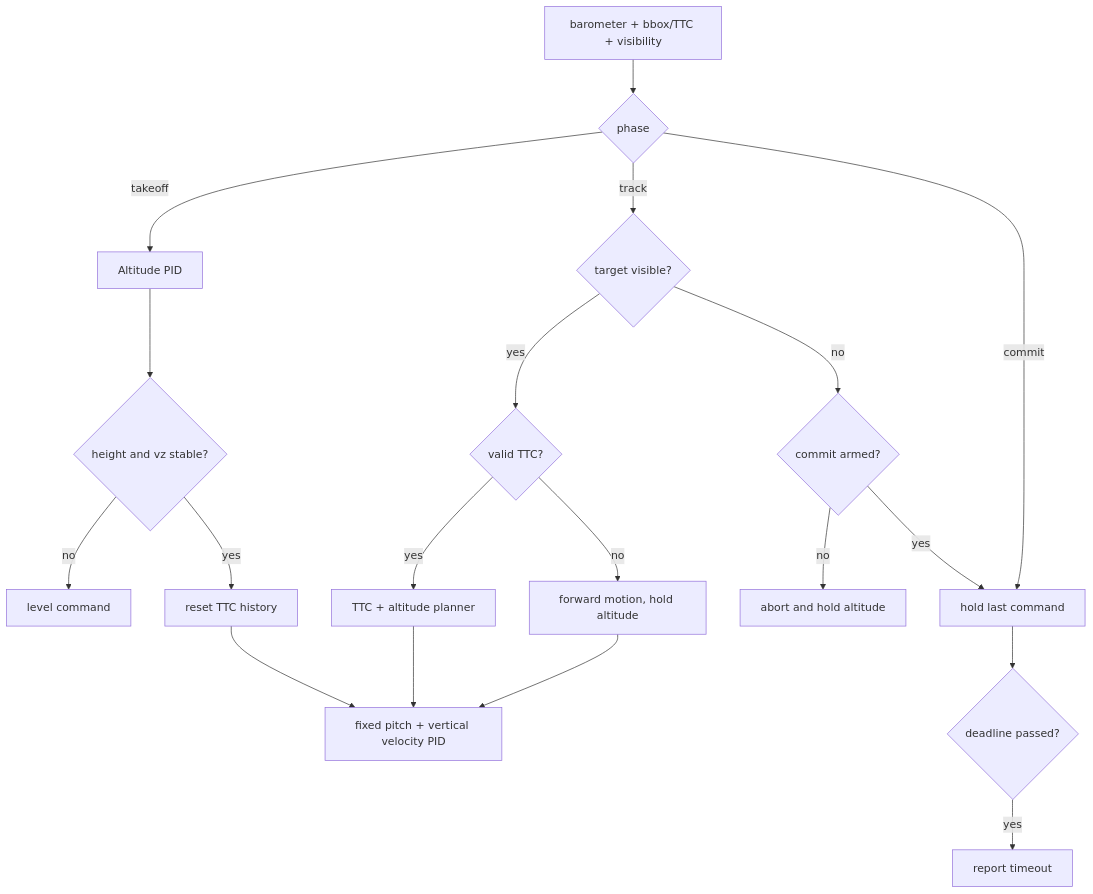
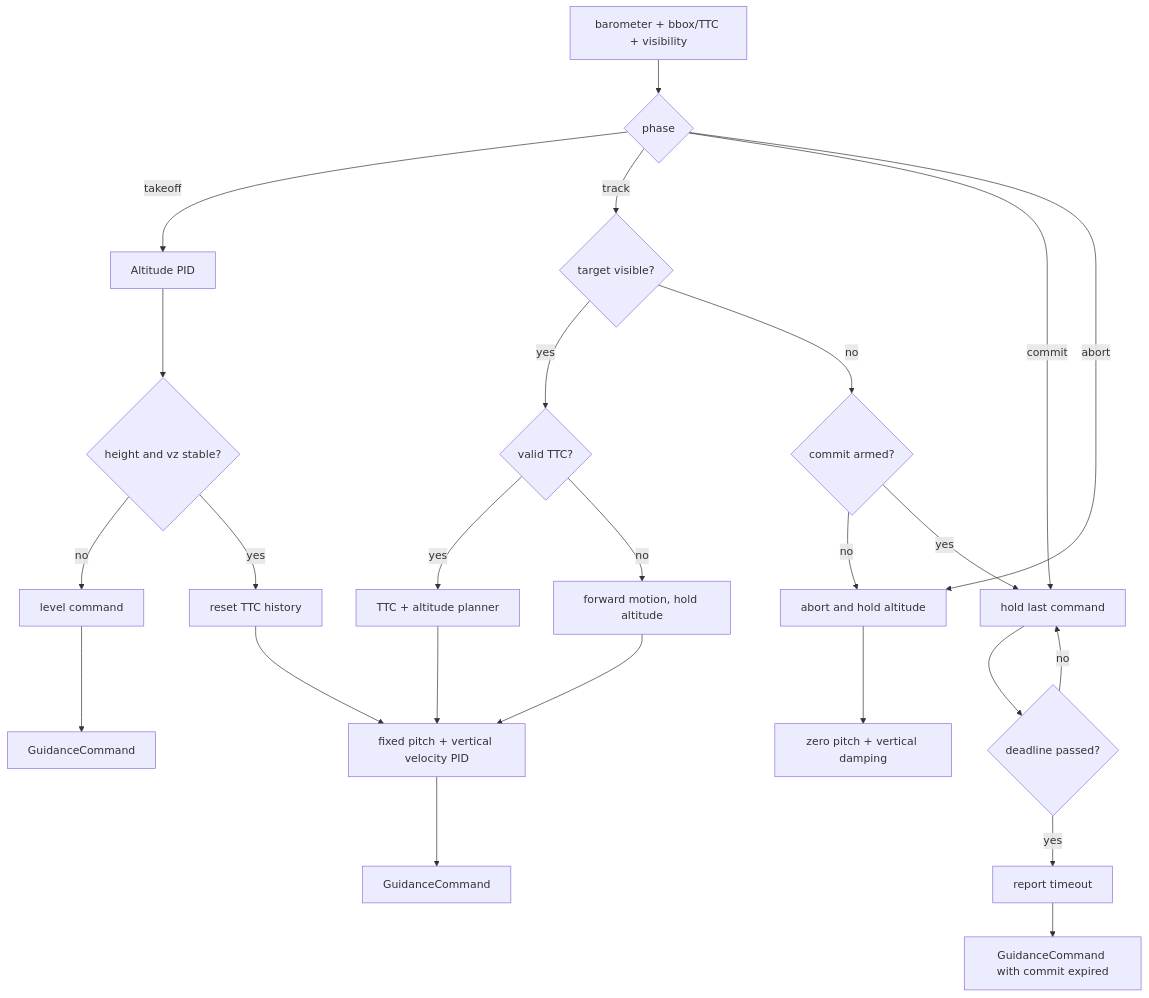
Before and after one commit to amire2000/drone-physics-and-simulation-course: the third of 3 diagrams in examples/07-optical-navigation/ttc_strike/README.md, drawn with Mermaid. The commit also changed other lines of this file and 10 other files, not shown here.

````diff
--- a/examples/07-optical-navigation/ttc_strike/README.md
+++ b/examples/07-optical-navigation/ttc_strike/README.md
@@ -222,21 +222,27 @@
 ```mermaid
 flowchart TD
     start[barometer + bbox/TTC + visibility] --> phase{phase}
     phase -->|takeoff| takeoff[Altitude PID]
     takeoff --> ready{height and vz stable?}
     ready -->|no| takeoff_out[level command]
     ready -->|yes| reset[reset TTC history]
     reset --> track
     phase -->|track| visible{target visible?}
     visible -->|yes| ttc{valid TTC?}
     ttc -->|yes| planner[TTC + altitude planner]
     ttc -->|no| hold_alt[forward motion, hold altitude]
     planner --> track[fixed pitch + vertical velocity PID]
     hold_alt --> track
     visible -->|no| armed{commit armed?}
     armed -->|no| abort[abort and hold altitude]
     armed -->|yes| commit[hold last command]
     phase -->|commit| commit
+    phase -->|abort| abort
     commit --> deadline{deadline passed?}
     deadline -->|yes| expired[report timeout]
+    deadline -->|no| commit
+    abort --> abort_command[zero pitch + vertical damping]
+    track --> track_command[GuidanceCommand]
+    takeoff_out --> takeoff_command[GuidanceCommand]
+    expired --> commit_command[GuidanceCommand with commit expired]
 ```
````
